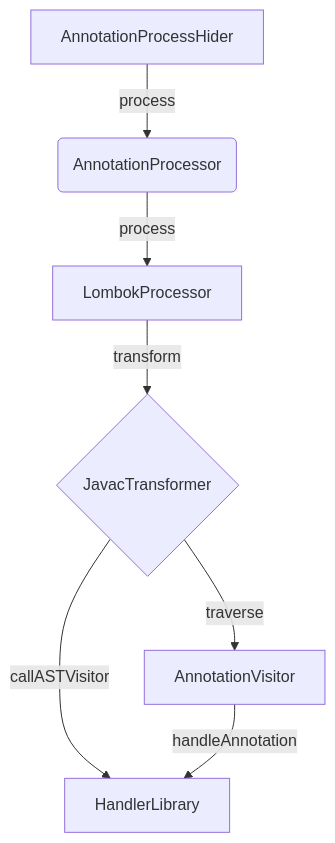
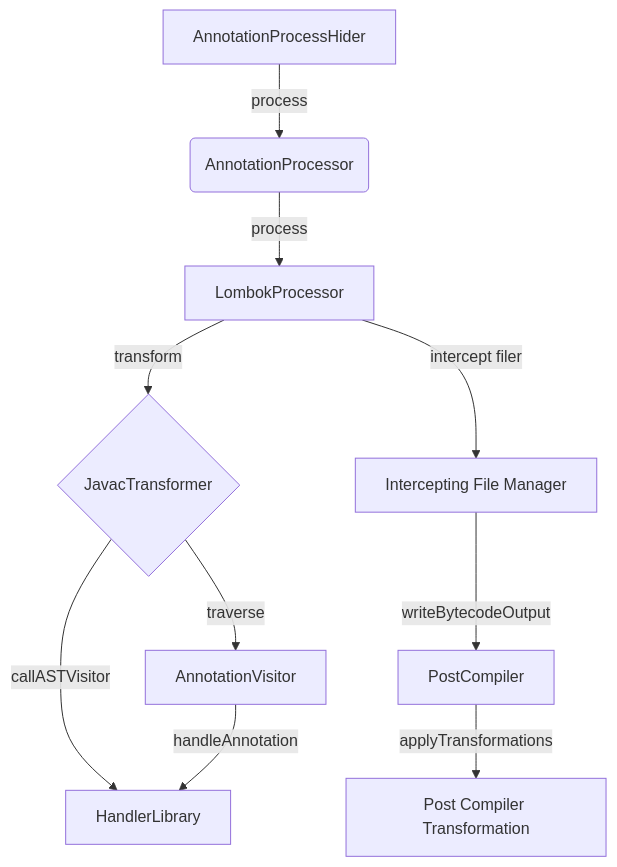
Before and after one commit to artpar/artpar.github.io: the first of 4 diagrams in content.en/posts/how-lombok-works.md, drawn with Mermaid. The commit also changed other lines of this file, not shown here.

Commit message:
update lombok post

```diff
--- a/content.en/posts/how-lombok-works.md
+++ b/content.en/posts/how-lombok-works.md
@@ -337,9 +35,12 @@
 {{< mermaid >}}
 flowchart TD
     A[AnnotationProcessHider] -->|process| B(AnnotationProcessor)
     B -->|process| C[LombokProcessor]
     C -->|transform| D{JavacTransformer}
+    C -->|intercept filer| G[Intercepting File Manager]
     D -->|callASTVisitor| E[HandlerLibrary]
     D -->|traverse| F[AnnotationVisitor]
     F -->|handleAnnotation| E
+    G -->|writeBytecodeOutput| H[PostCompiler]
+    H -->|applyTransformations| I[Post Compiler Transformation]
 {{< /mermaid >}}
```
